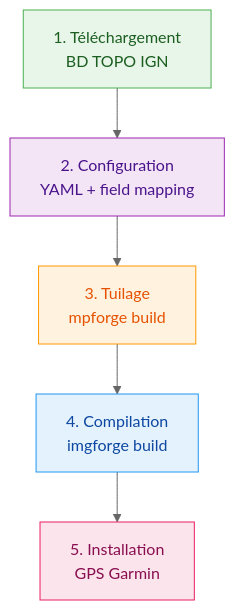
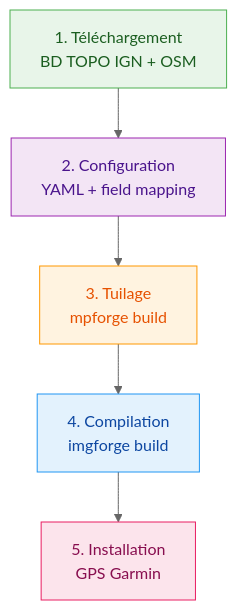
The diagram in site/docs/le-pipeline/index.md (allfab/garmin-img-forge), drawn with Mermaid (neutral theme) before and after one commit. The commit also changed other lines of this file and 9 other files, not shown here.

````diff
--- a/site/docs/le-pipeline/index.md
+++ b/site/docs/le-pipeline/index.md
@@ -9,13 +9,13 @@
 ```mermaid
 flowchart TD
-    A["1. Téléchargement<br/>BD TOPO IGN"] --> B["2. Configuration<br/>YAML + field mapping"]
+    A["1. Téléchargement<br/>BD TOPO IGN + OSM"] --> B["2. Configuration<br/>YAML + field mapping"]
     B --> C["3. Tuilage<br/>mpforge build"]
     C --> D["4. Compilation<br/>imgforge build"]
     D --> E["5. Installation<br/>GPS Garmin"]
 
     style A fill:#e8f5e9,stroke:#4caf50,color:#1b5e20
     style B fill:#f3e5f5,stroke:#9c27b0,color:#4a148c
     style C fill:#fff3e0,stroke:#ff9800,color:#e65100
     style D fill:#e3f2fd,stroke:#2196f3,color:#0d47a1
     style E fill:#fce4ec,stroke:#e91e63,color:#880e4f
 ```
````
